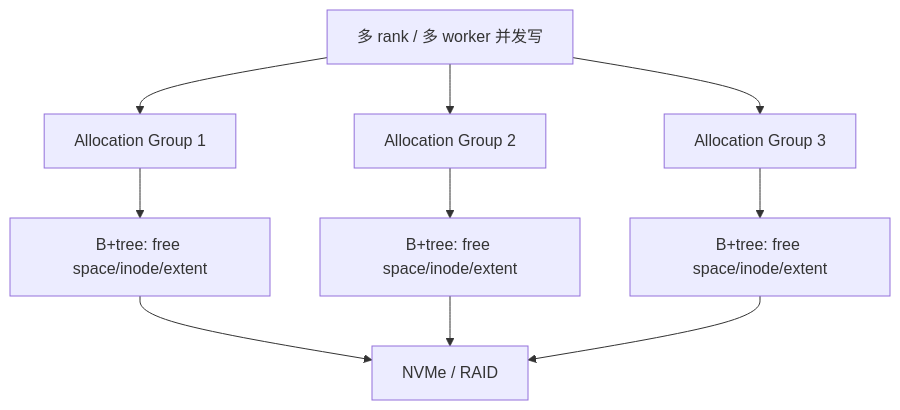
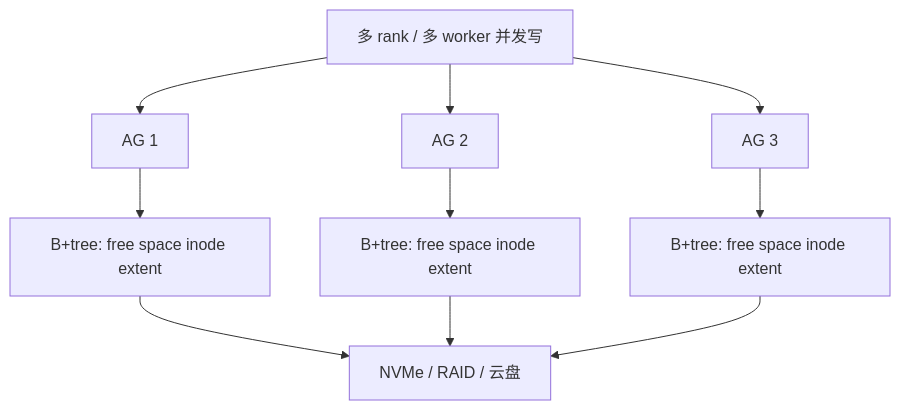
Before and after one commit to qxhy123/learn: the fourth of 7 diagrams in ai-infra-tutorial/part0-foundations-of-systems/0c-filesystems-and-storage-internals.md, drawn with Mermaid. The commit also changed other lines of this file and 39 other files, not shown here.

First line of the commit message:
Split Part 0a CPU microarchitecture into 8 deep-dive chapters

````diff
--- a/ai-infra-tutorial/part0-foundations-of-systems/0c-filesystems-and-storage-internals.md
+++ b/ai-infra-tutorial/part0-foundations-of-systems/0c-filesystems-and-storage-internals.md
@@ -117,12 +279,12 @@
 ```mermaid
 flowchart TB
-  R[多 rank / 多 worker 并发写] --> AG1[Allocation Group 1]
-  R --> AG2[Allocation Group 2]
-  R --> AG3[Allocation Group 3]
-  AG1 --> B1[B+tree: free space/inode/extent]
-  AG2 --> B2[B+tree: free space/inode/extent]
-  AG3 --> B3[B+tree: free space/inode/extent]
-  B1 --> NVMe[NVMe / RAID]
-  B2 --> NVMe
-  B3 --> NVMe
+  W[多 rank / 多 worker 并发写] --> AG1[AG 1]
+  W --> AG2[AG 2]
+  W --> AG3[AG 3]
+  AG1 --> B1[B+tree: free space inode extent]
+  AG2 --> B2[B+tree: free space inode extent]
+  AG3 --> B3[B+tree: free space inode extent]
+  B1 --> Dev[NVMe / RAID / 云盘]
+  B2 --> Dev
+  B3 --> Dev
 ```
````
